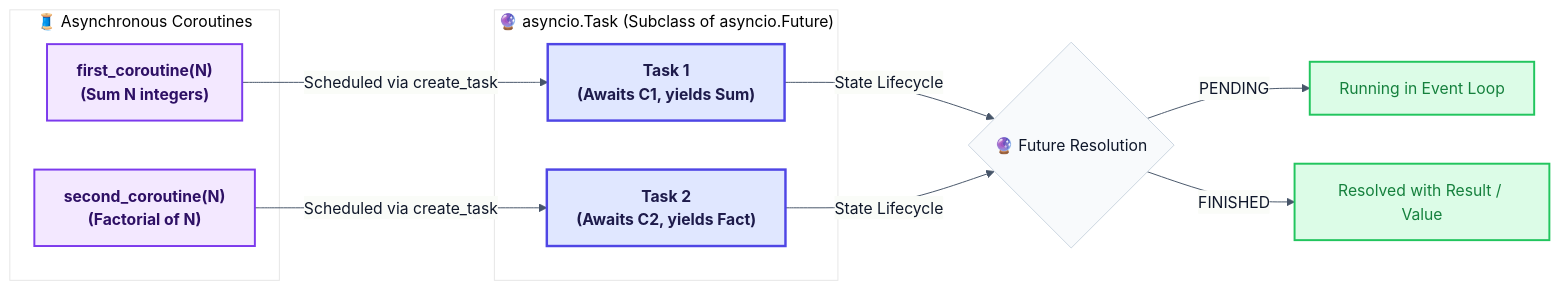
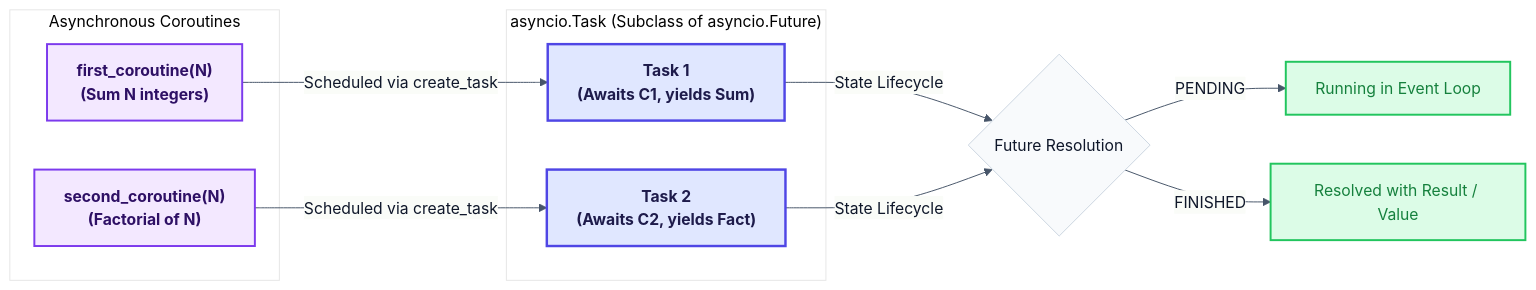
The fifth of 5 diagrams in SyedMuhammadHuzaifaAshrafi-(23FA-035-SE)/Chapter05/README.md (RameenAnwar/PDC-SP26-SE), drawn with Mermaid before and after one commit. The commit also changed other lines of this file and 5 other files, not shown here.

````diff
--- a/SyedMuhammadHuzaifaAshrafi-(23FA-035-SE)/Chapter05/README.md
+++ b/SyedMuhammadHuzaifaAshrafi-(23FA-035-SE)/Chapter05/README.md
@@ -234,30 +234,30 @@
 ```mermaid
 %%{init: {'theme': 'base', 'themeVariables': { 'lineColor': '#475569', 'primaryColor': '#f8fafc', 'primaryTextColor': '#0f172a', 'primaryBorderColor': '#cbd5e1' }}}%%
 flowchart LR
     %% Premium Futures and Tasks Relationships
     classDef wrapper fill:#f3e8ff,stroke:#7c3aed,stroke-width:2px,color:#2e1065,font-weight:bold
     classDef future fill:#e0e7ff,stroke:#4f46e5,stroke-width:2.5px,color:#1e1b4b,font-weight:bold
     classDef state fill:#dcfce7,stroke:#22c55e,stroke-width:2px,color:#15803d
 
-    subgraph CALLABLES ["🧵 Asynchronous Coroutines"]
+    subgraph CALLABLES ["Asynchronous Coroutines"]
         C1["first_coroutine(N) <br> (Sum N integers)"]
         C2["second_coroutine(N) <br> (Factorial of N)"]
     end
 
-    subgraph TASKS ["🔮 asyncio.Task (Subclass of asyncio.Future)"]
+    subgraph TASKS ["asyncio.Task (Subclass of asyncio.Future)"]
         T1["Task 1 <br> (Awaits C1, yields Sum)"]
         T2["Task 2 <br> (Awaits C2, yields Fact)"]
     end
 
     C1 -->|Scheduled via create_task| T1
     C2 -->|Scheduled via create_task| T2
 
-    T1 & T2 -->|State Lifecycle| FSTATE{"🔮 Future Resolution"}
+    T1 & T2 -->|State Lifecycle| FSTATE{"Future Resolution"}
     
     FSTATE -->|PENDING| S1["Running in Event Loop"]
     FSTATE -->|FINISHED| S2["Resolved with Result / Value"]
 
     class C1,C2 wrapper
     class T1,T2 future
     class S1,S2 state
 ```
````
